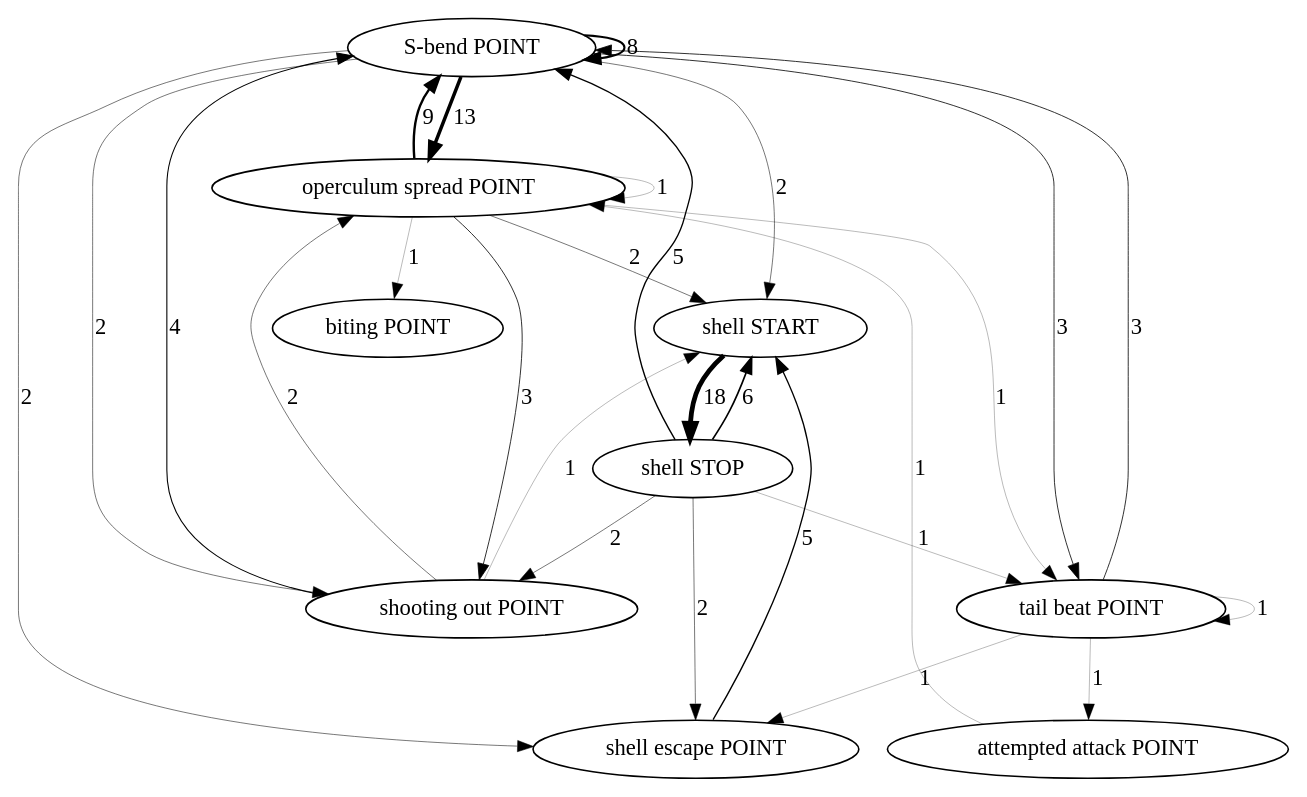
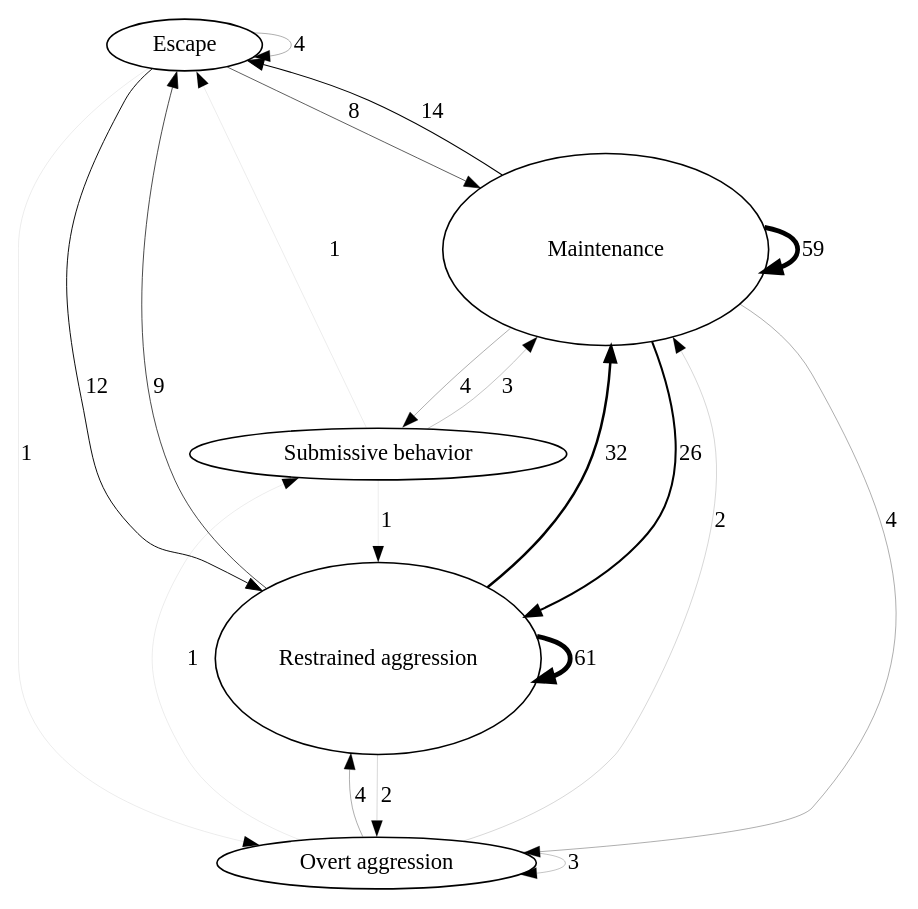
Before and after one commit to nicolkraus/AnalyzeBehavior: the diagram in images/transitions.gv, drawn with Graphviz. The commit also changed 6 other files, not shown here.

```diff
--- a/images/transitions.gv
+++ b/images/transitions.gv
@@ -1,38 +1,27 @@
 digraph  {
-"S-bend POINT";
-"operculum spread POINT";
-"shell START";
-"shell escape POINT";
-"shooting out POINT";
-"tail beat POINT";
-"attempted attack POINT";
-"biting POINT";
-"shell STOP";
-"S-bend POINT" -> "S-bend POINT"  [label=8, penwidth="1.3333333333333333"];
-"S-bend POINT" -> "operculum spread POINT"  [label=13, penwidth="2.1666666666666665"];
-"S-bend POINT" -> "shell START"  [label=2, penwidth="0.3333333333333333"];
-"S-bend POINT" -> "shell escape POINT"  [label=2, penwidth="0.3333333333333333"];
-"S-bend POINT" -> "shooting out POINT"  [label=2, penwidth="0.3333333333333333"];
-"S-bend POINT" -> "tail beat POINT"  [label=3, penwidth="0.5"];
-"operculum spread POINT" -> "S-bend POINT"  [label=9, penwidth="1.5"];
-"operculum spread POINT" -> "biting POINT"  [label=1, penwidth="0.16666666666666666"];
-"operculum spread POINT" -> "operculum spread POINT"  [label=1, penwidth="0.16666666666666666"];
-"operculum spread POINT" -> "shell START"  [label=2, penwidth="0.3333333333333333"];
-"operculum spread POINT" -> "shooting out POINT"  [label=3, penwidth="0.5"];
-"operculum spread POINT" -> "tail beat POINT"  [label=1, penwidth="0.16666666666666666"];
-"shell START" -> "shell STOP"  [label=18, penwidth="3.0"];
-"shell escape POINT" -> "shell START"  [label=5, penwidth="0.8333333333333334"];
-"shooting out POINT" -> "S-bend POINT"  [label=4, penwidth="0.6666666666666666"];
-"shooting out POINT" -> "operculum spread POINT"  [label=2, penwidth="0.3333333333333333"];
-"shooting out POINT" -> "shell START"  [label=1, penwidth="0.16666666666666666"];
-"tail beat POINT" -> "S-bend POINT"  [label=3, penwidth="0.5"];
-"tail beat POINT" -> "attempted attack POINT"  [label=1, penwidth="0.16666666666666666"];
-"tail beat POINT" -> "shell escape POINT"  [label=1, penwidth="0.16666666666666666"];
-"tail beat POINT" -> "tail beat POINT"  [label=1, penwidth="0.16666666666666666"];
-"attempted attack POINT" -> "operculum spread POINT"  [label=1, penwidth="0.16666666666666666"];
-"shell STOP" -> "S-bend POINT"  [label=5, penwidth="0.8333333333333334"];
-"shell STOP" -> "shell START"  [label=6, penwidth="1.0"];
-"shell STOP" -> "shell escape POINT"  [label=2, penwidth="0.3333333333333333"];
-"shell STOP" -> "shooting out POINT"  [label=2, penwidth="0.3333333333333333"];
-"shell STOP" -> "tail beat POINT"  [label=1, penwidth="0.16666666666666666"];
+Escape [height="0.44343891402714924", width="0.7538461538461537"];
+Maintenance [height="1.6470588235294117", width="2.8"];
+"Overt aggression" [height="0.1583710407239819", width="0.2692307692307692"];
+"Restrained aggression" [height="1.6470588235294117", width="2.8"];
+"Submissive behavior" [height="0.07918552036199095", width="0.1346153846153846"];
+Escape -> Escape  [label=4, penwidth="0.19672131147540983"];
+Escape -> Maintenance  [label=8, penwidth="0.39344262295081966"];
+Escape -> "Overt aggression"  [label=1, penwidth="0.04918032786885246"];
+Escape -> "Restrained aggression"  [label=12, penwidth="0.5901639344262295"];
+Maintenance -> Escape  [label=14, penwidth="0.6885245901639344"];
+Maintenance -> Maintenance  [label=59, penwidth="2.901639344262295"];
+Maintenance -> "Overt aggression"  [label=4, penwidth="0.19672131147540983"];
+Maintenance -> "Restrained aggression"  [label=26, penwidth="1.2786885245901638"];
+Maintenance -> "Submissive behavior"  [label=4, penwidth="0.19672131147540983"];
+"Overt aggression" -> Maintenance  [label=2, penwidth="0.09836065573770492"];
+"Overt aggression" -> "Overt aggression"  [label=3, penwidth="0.14754098360655737"];
+"Overt aggression" -> "Restrained aggression"  [label=4, penwidth="0.19672131147540983"];
+"Overt aggression" -> "Submissive behavior"  [label=1, penwidth="0.04918032786885246"];
+"Restrained aggression" -> Escape  [label=9, penwidth="0.4426229508196721"];
+"Restrained aggression" -> Maintenance  [label=32, penwidth="1.5737704918032787"];
+"Restrained aggression" -> "Overt aggression"  [label=2, penwidth="0.09836065573770492"];
+"Restrained aggression" -> "Restrained aggression"  [label=61, penwidth="3.0"];
+"Submissive behavior" -> Escape  [label=1, penwidth="0.04918032786885246"];
+"Submissive behavior" -> Maintenance  [label=3, penwidth="0.14754098360655737"];
+"Submissive behavior" -> "Restrained aggression"  [label=1, penwidth="0.04918032786885246"];
 }
```
